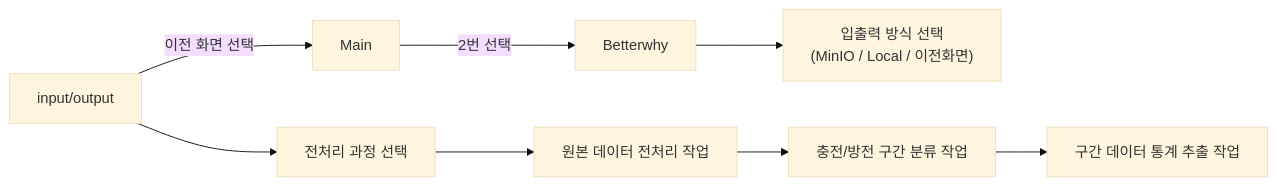
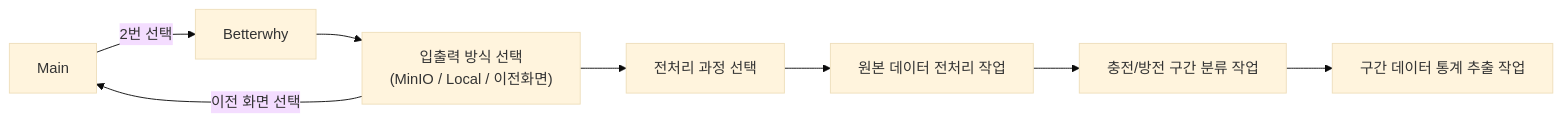
The diagram in readme.md (WO2IN/posAppSystem), drawn with Mermaid (base theme) before and after one commit. The commit also changed other lines of this file, not shown here.

````diff
--- a/readme.md
+++ b/readme.md
@@ -1,13 +3,13 @@
 ```mermaid
 graph LR;
     Main --> |2번 선택|betterwhy[Betterwhy]
     
-    betterwhy --> input_output["입출력 방식 선택 <br> (MinIO / Local / 이전화면)"] 
+    betterwhy --> input/output["입출력 방식 선택 <br> (MinIO / Local / 이전화면)"] 
 
     input/output --> preproc_select[전처리 과정 선택]
     input/output --> |이전 화면 선택|Main
 
     preproc_select --> frist_preproc[원본 데이터 전처리 작업]
     frist_preproc --> classify_charging[충전/방전 구간 분류 작업]
     classify_charging --> section_statistics[구간 데이터 통계 추출 작업]
 ```
````
